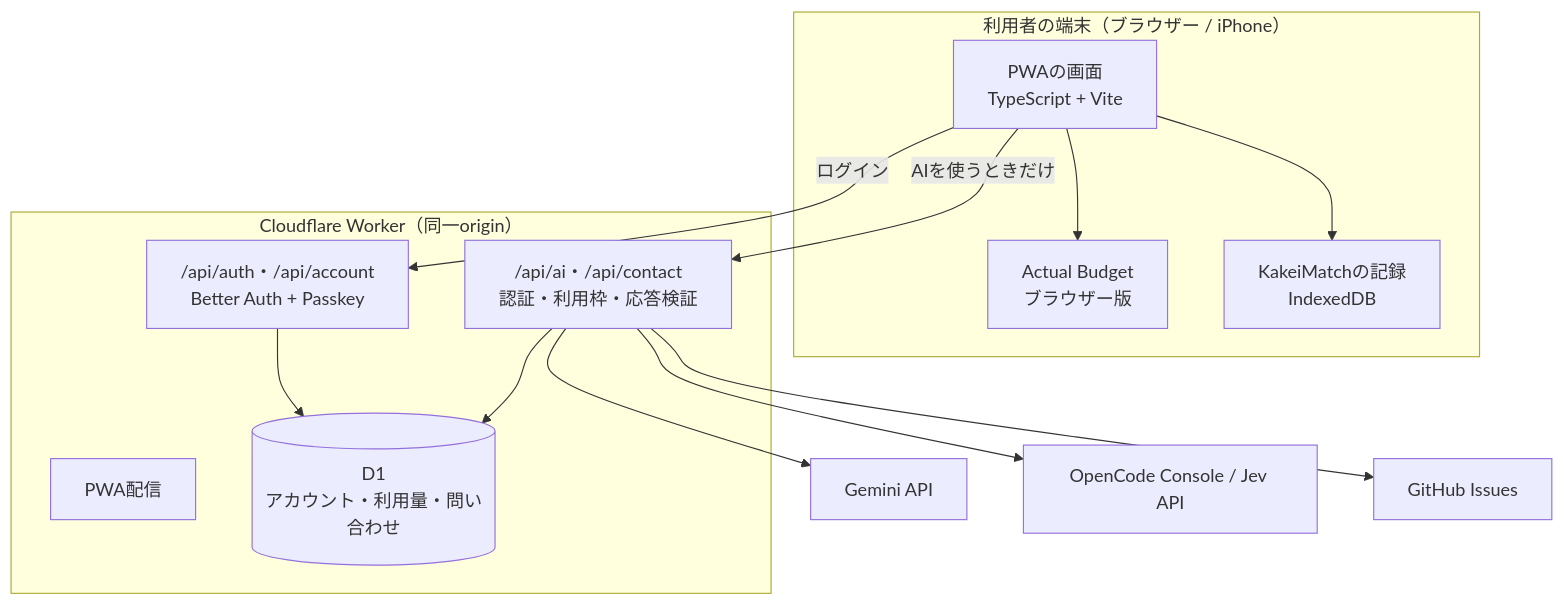
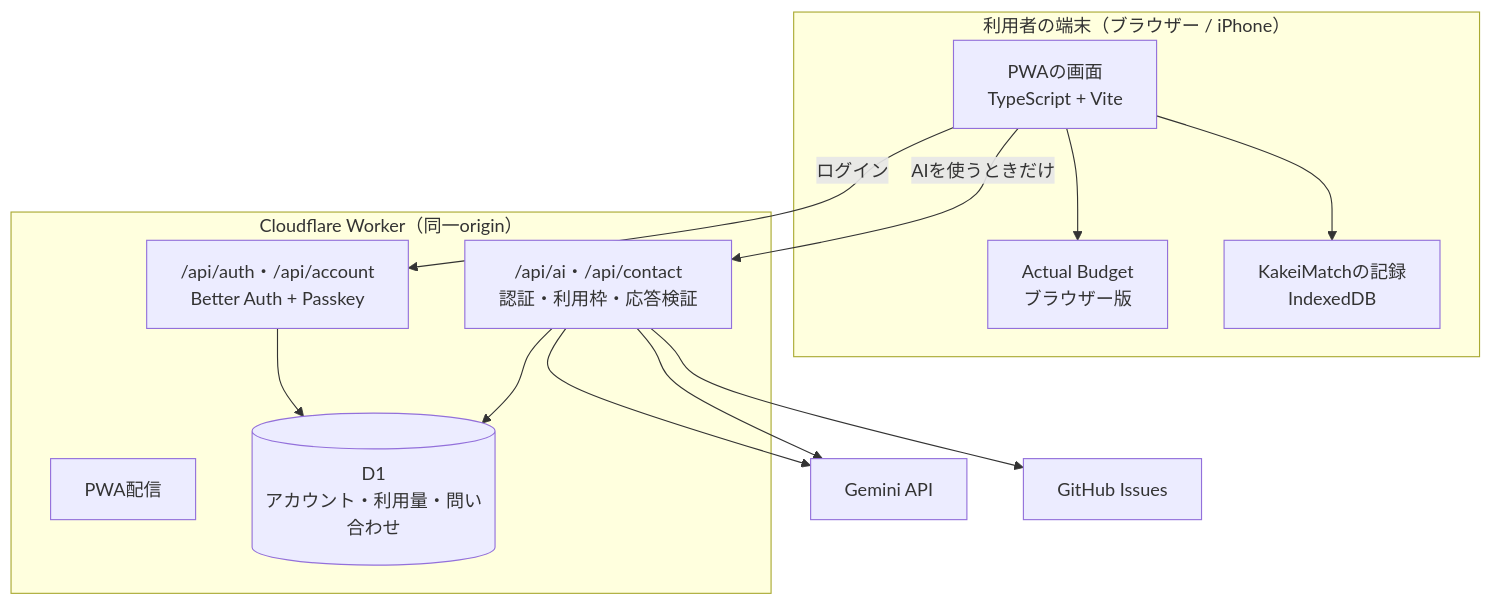
Before and after one commit to RyoyaYahagi/KakeiMatch: the diagram in README.md, drawn with Mermaid. The commit also changed other lines of this file and 16 other files, not shown here.

````diff
--- a/README.md
+++ b/README.md
@@ -108,25 +108,25 @@
 ```mermaid
 flowchart TB
   subgraph Device["利用者の端末（ブラウザー / iPhone）"]
     UI["PWAの画面<br/>TypeScript + Vite"]
     Actual["Actual Budget<br/>ブラウザー版"]
     IDB["KakeiMatchの記録<br/>IndexedDB"]
     UI --> Actual
     UI --> IDB
   end
 
   subgraph CF["Cloudflare Worker（同一origin）"]
     Assets["PWA配信"]
     Auth["/api/auth・/api/account<br/>Better Auth + Passkey"]
     AI["/api/ai・/api/contact<br/>認証・利用枠・応答検証"]
     D1[("D1<br/>アカウント・利用量・問い合わせ")]
     Auth --> D1
     AI --> D1
   end
 
   UI -- "AIを使うときだけ" --> AI
   UI -- "ログイン" --> Auth
   AI --> Gemini["Gemini API"]
-  AI --> Jev["OpenCode Console / Jev API"]
+  AI --> Gemini["Gemini API"]
   AI --> GH["GitHub Issues"]
 ```
````
